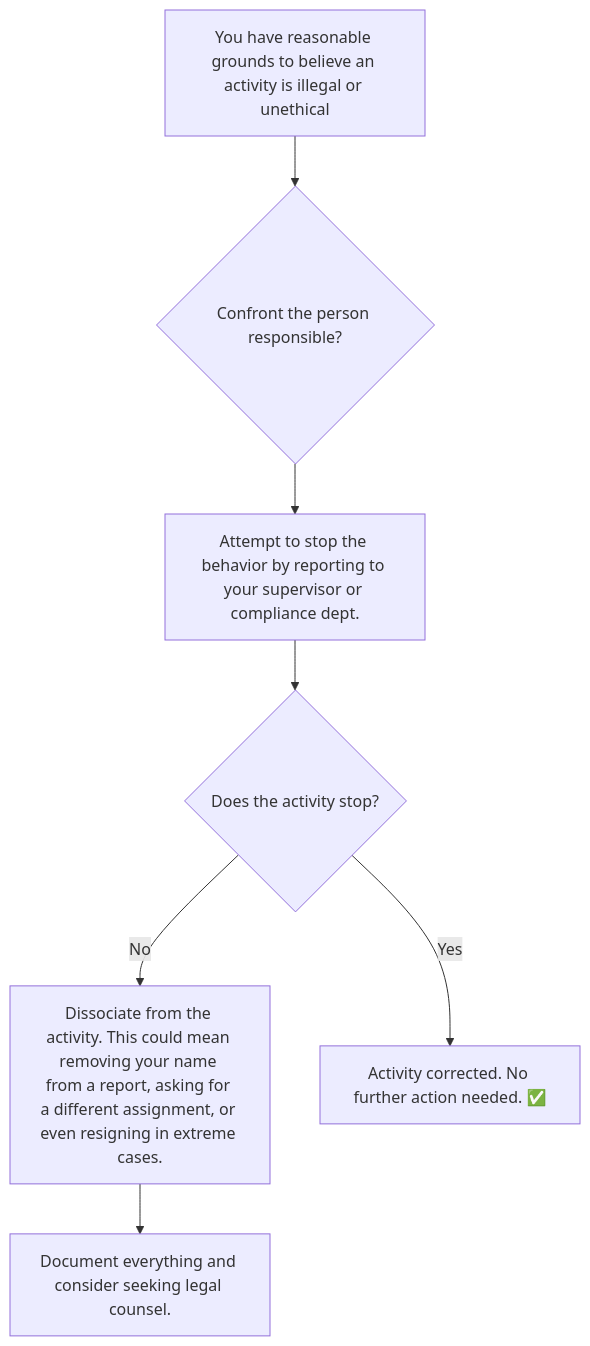
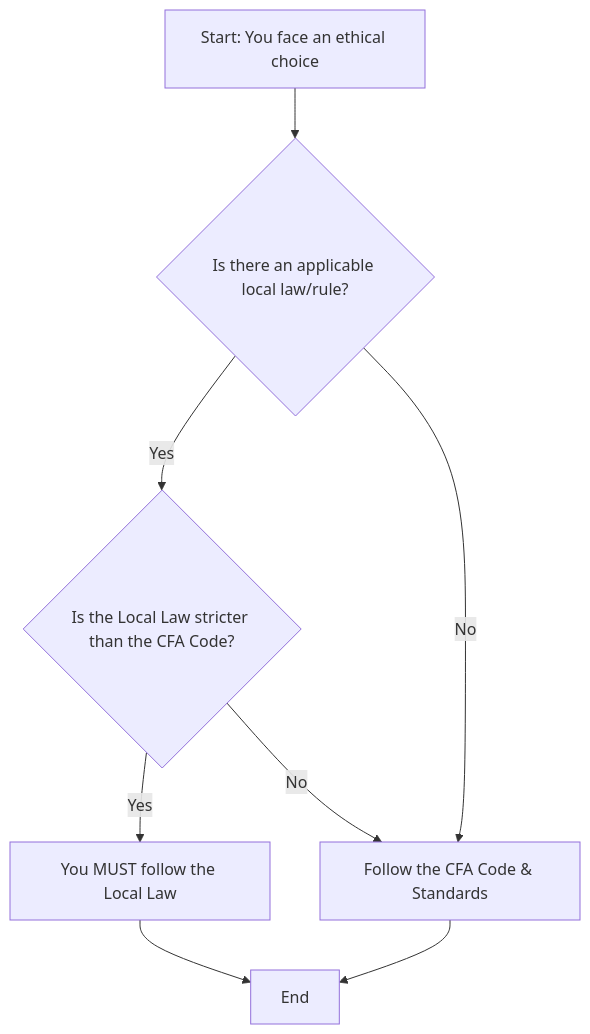
The diagram in docs/LOS/Standards/1_Professionalism.md (agarwalvipin/open_cfa), drawn with Mermaid before and after one commit. The commit also changed other lines of this file and 22 other files, not shown here.

````diff
--- a/docs/LOS/Standards/1_Professionalism.md
+++ b/docs/LOS/Standards/1_Professionalism.md
@@ -32,9 +15,10 @@
 ```mermaid
 graph TD
-    A[You have reasonable grounds to believe an activity is illegal or unethical] --> B{Confront the person responsible?};
-    B --> C[Attempt to stop the behavior by reporting to your supervisor or compliance dept.];
-    C --> D{Does the activity stop?};
-    D -- No --> E[Dissociate from the activity. This could mean removing your name from a report, asking for a different assignment, or even resigning in extreme cases.];
-    D -- Yes --> F[Activity corrected. No further action needed. ✅];
-    E --> G[Document everything and consider seeking legal counsel.];
+    A[Start: You face an ethical choice] --> B{Is there an applicable local law/rule?};
+    B -->|Yes| C{Is the Local Law stricter than the CFA Code?};
+    B -->|No| D[Follow the CFA Code & Standards];
+    C -->|Yes| E[You MUST follow the Local Law];
+    C -->|No| D;
+    E --> F[End];
+    D --> F[End];
 ```
````
